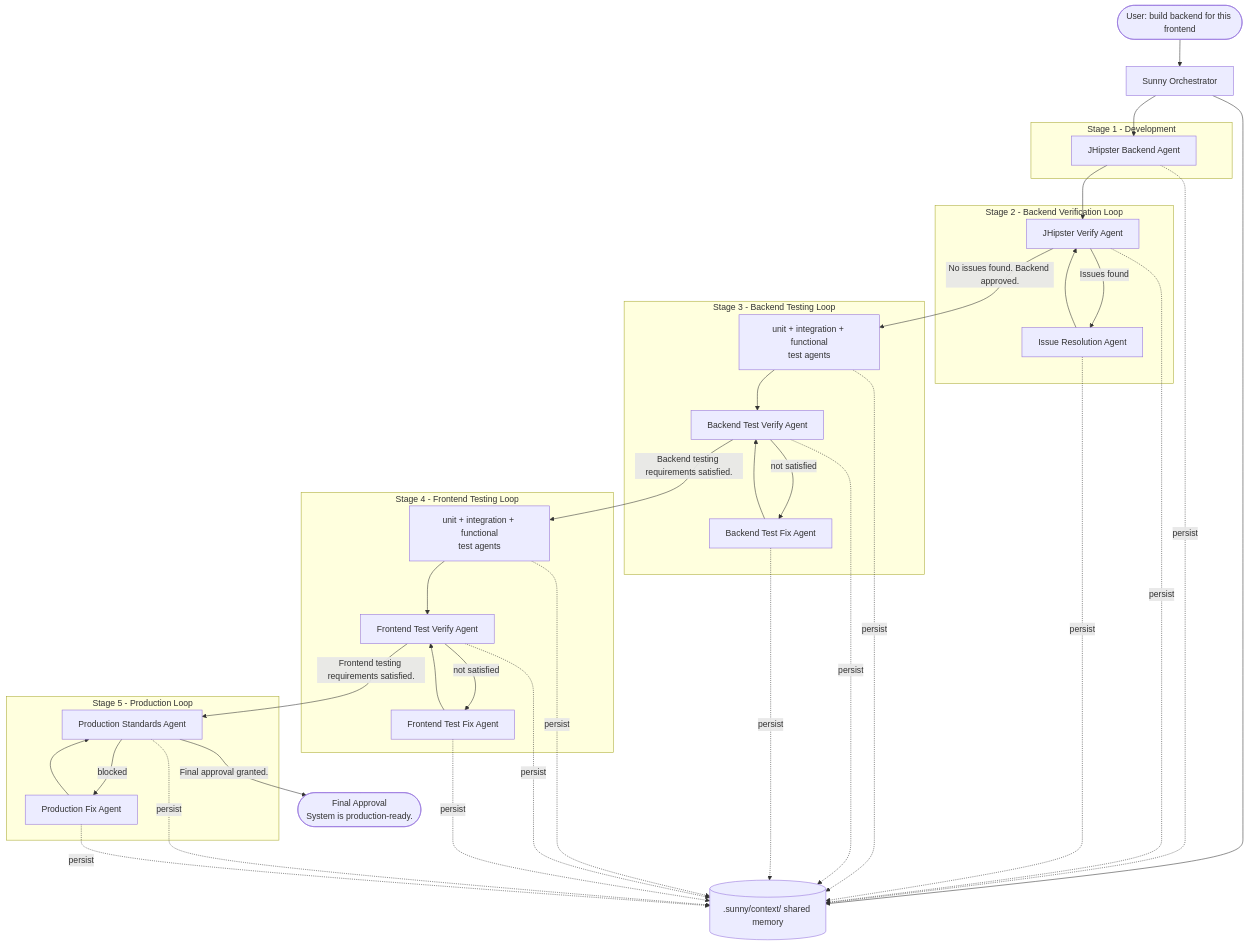
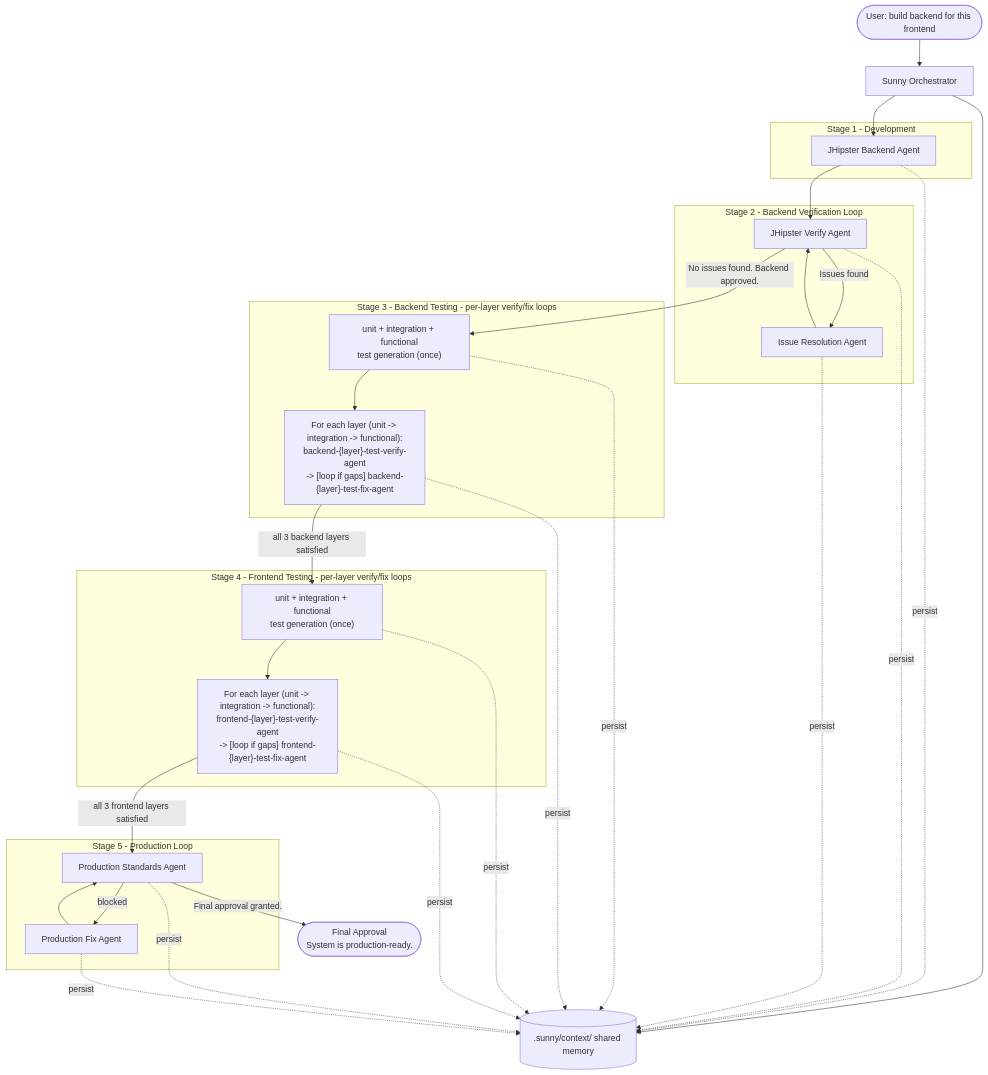
Before and after one commit to priyam-qo-box/agents: the first of 2 diagrams in .cursor/agents/README.md, drawn with Mermaid. The commit also changed other lines of this file and 28 other files, not shown here.

First line of the commit message:
Refactor backend test agents and enhance documentation

````diff
--- a/.cursor/agents/README.md
+++ b/.cursor/agents/README.md
@@ -54,56 +62,48 @@
 ```mermaid
 flowchart TD
     User([User: build backend for this frontend]) --> Sunny[Sunny Orchestrator]
     Sunny --> Ctx[(".sunny/context/ shared memory")]
 
     subgraph dev [Stage 1 - Development]
         BE[JHipster Backend Agent]
     end
     subgraph verify [Stage 2 - Backend Verification Loop]
         VER[JHipster Verify Agent]
         FIX[Issue Resolution Agent]
     end
-    subgraph btest [Stage 3 - Backend Testing Loop]
-        BGEN["unit + integration + functional<br/>test agents"]
-        BTV[Backend Test Verify Agent]
-        BTF[Backend Test Fix Agent]
+    subgraph btest [Stage 3 - Backend Testing - per-layer verify/fix loops]
+        BGEN["unit + integration + functional<br/>test generation (once)"]
+        BLAYERS["For each layer (unit -> integration -> functional):<br/>backend-{layer}-test-verify-agent<br/>-> [loop if gaps] backend-{layer}-test-fix-agent"]
     end
-    subgraph ftest [Stage 4 - Frontend Testing Loop]
-        FGEN["unit + integration + functional<br/>test agents"]
-        FTV[Frontend Test Verify Agent]
-        FTF[Frontend Test Fix Agent]
+    subgraph ftest [Stage 4 - Frontend Testing - per-layer verify/fix loops]
+        FGEN["unit + integration + functional<br/>test generation (once)"]
+        FLAYERS["For each layer (unit -> integration -> functional):<br/>frontend-{layer}-test-verify-agent<br/>-> [loop if gaps] frontend-{layer}-test-fix-agent"]
     end
     subgraph prod [Stage 5 - Production Loop]
         PROD[Production Standards Agent]
         PFIX[Production Fix Agent]
     end
 
     Sunny --> BE
     BE --> VER
     VER -->|"Issues found"| FIX
     FIX --> VER
     VER -->|"No issues found. Backend approved."| BGEN
-    BGEN --> BTV
-    BTV -->|"not satisfied"| BTF
-    BTF --> BTV
-    BTV -->|"Backend testing requirements satisfied."| FGEN
-    FGEN --> FTV
-    FTV -->|"not satisfied"| FTF
-    FTF --> FTV
-    FTV -->|"Frontend testing requirements satisfied."| PROD
+    BGEN --> BLAYERS
+    BLAYERS -->|"all 3 backend layers satisfied"| FGEN
+    FGEN --> FLAYERS
+    FLAYERS -->|"all 3 frontend layers satisfied"| PROD
     PROD -->|"blocked"| PFIX
     PFIX --> PROD
     PROD -->|"Final approval granted."| Final(["Final Approval<br/>System is production-ready."])
 
     BE -.persist.-> Ctx
     VER -.persist.-> Ctx
     FIX -.persist.-> Ctx
     BGEN -.persist.-> Ctx
-    BTV -.persist.-> Ctx
-    BTF -.persist.-> Ctx
+    BLAYERS -.persist.-> Ctx
     FGEN -.persist.-> Ctx
-    FTV -.persist.-> Ctx
-    FTF -.persist.-> Ctx
+    FLAYERS -.persist.-> Ctx
     PROD -.persist.-> Ctx
     PFIX -.persist.-> Ctx
 ```
````
